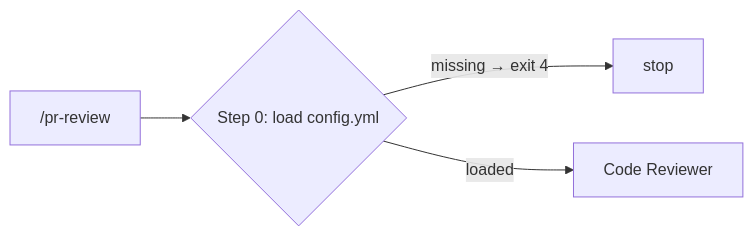
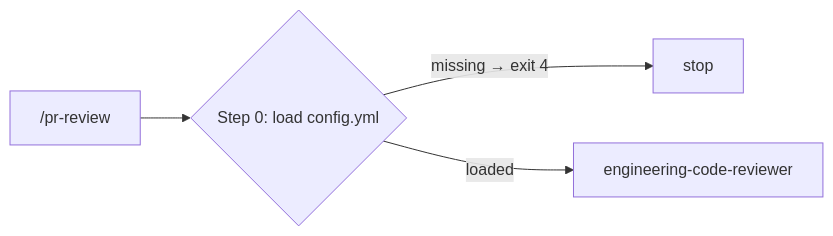
The tenth of 15 diagrams in docs/workflow-diagram.md (AlarQ/SDD-hub), drawn with Mermaid before and after one commit. The commit also changed other lines of this file and 4 other files, not shown here.

````diff
--- a/docs/workflow-diagram.md
+++ b/docs/workflow-diagram.md
@@ -340,6 +327,6 @@
 ```mermaid
 graph LR
     PRR["/pr-review"] --> CFG0{Step 0: load config.yml}
     CFG0 -->|missing → exit 4| STOP_PRR[stop]
-    CFG0 -->|loaded| CR[Code Reviewer]
+    CFG0 -->|loaded| CR[engineering-code-reviewer]
 ```
````
